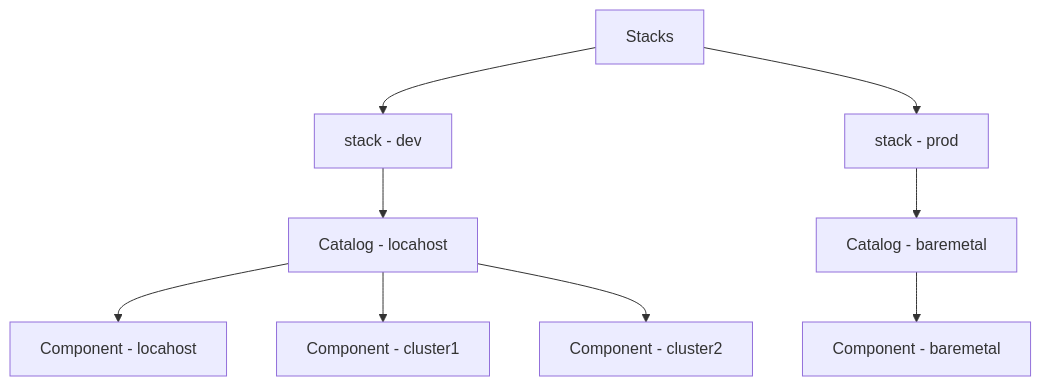
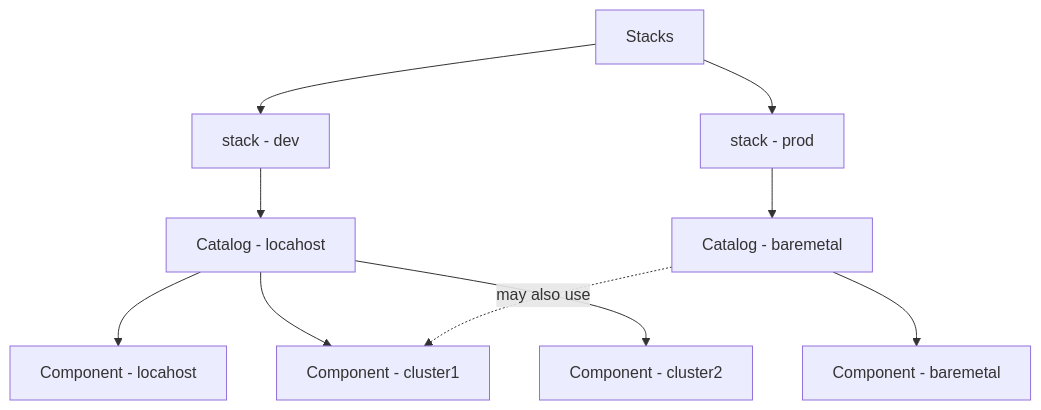
Before and after one commit to zloeber/tofu-exploration: the second of 2 diagrams in README.md, drawn with Mermaid.

Commit message:
fix: add atmos updates

````diff
--- a/README.md
+++ b/README.md
@@ -82,11 +82,12 @@
 ```mermaid
 flowchart TD
     Stacks --> stack1[stack - dev]
     Stacks --> stack2[stack - prod]
     stack1 --> Catalog[Catalog - locahost]
     stack2 --> CatalogBM[Catalog - baremetal]
     CatalogBM --> compBM1[Component - baremetal]
     Catalog --> comp1[Component - locahost]
     Catalog --> comp2[Component - cluster1]
     Catalog --> comp3[Component - cluster2]
+    CatalogBM -.->|may also use|comp2
 ```
````
